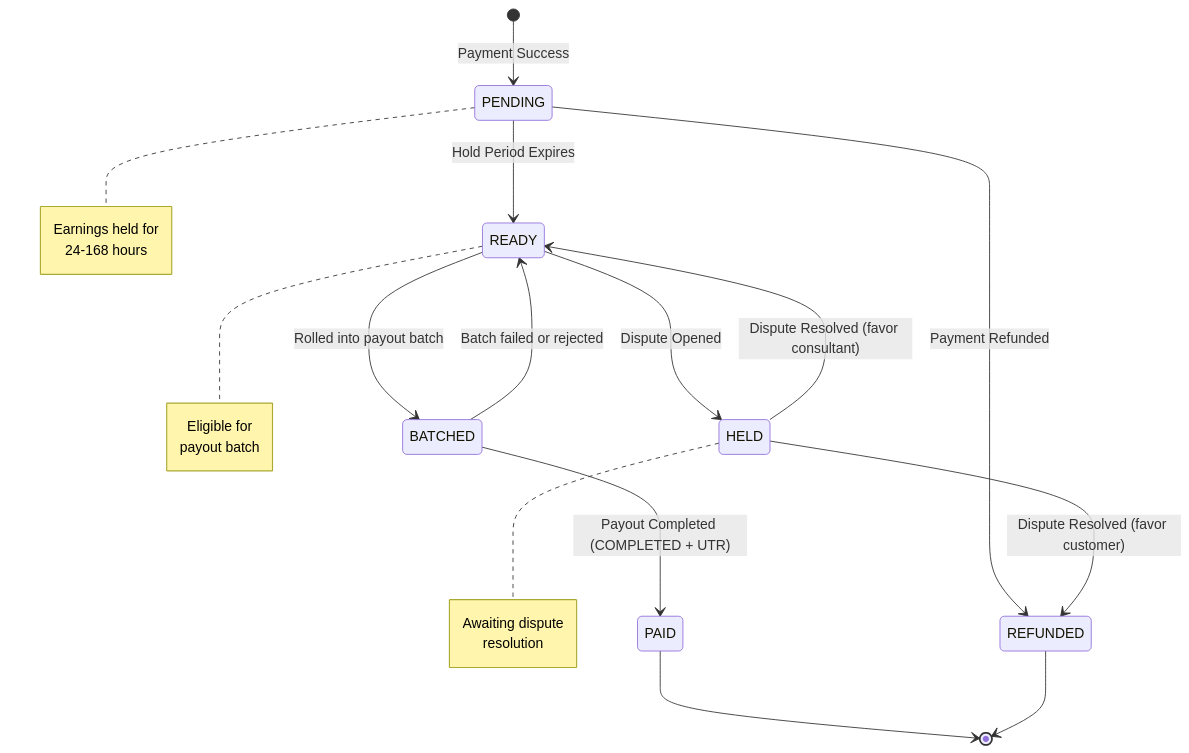
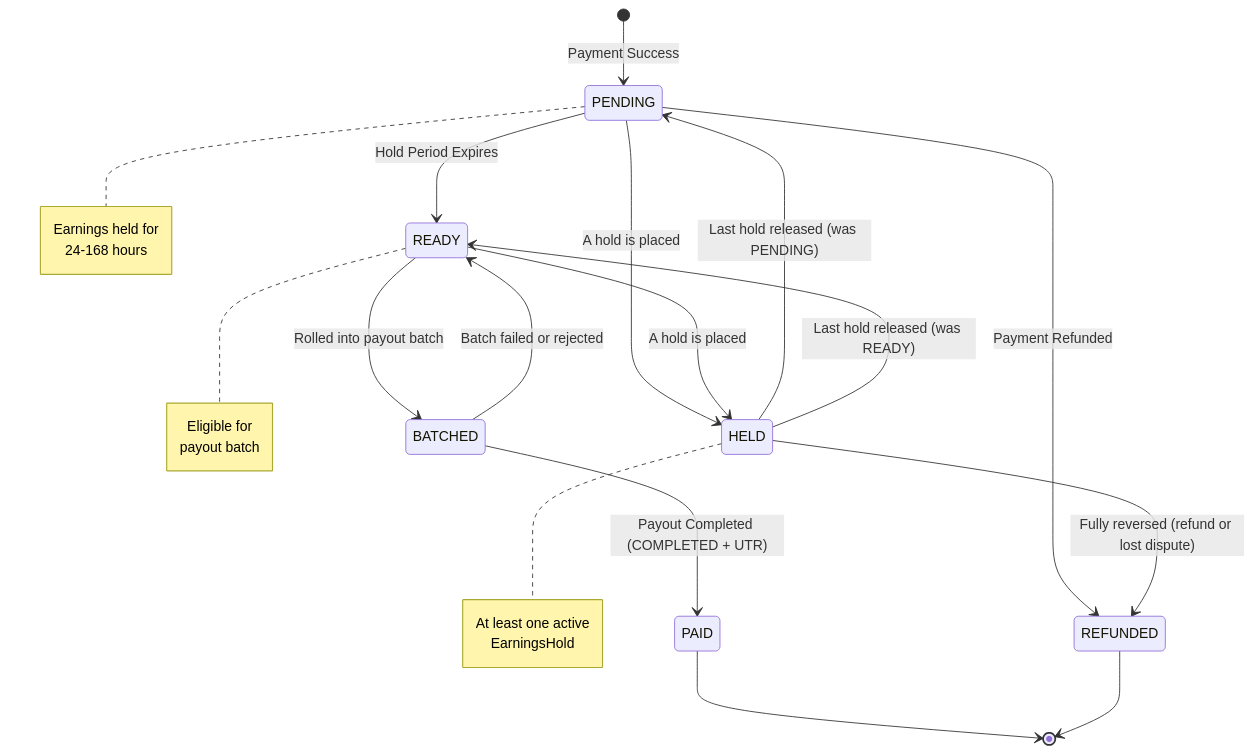
The first of 7 diagrams in docs/payments/payouts/02-earnings-lifecycle.md (Practitionist/familiarise_web), drawn with Mermaid before and after one commit. The commit also changed other lines of this file and 34 other files, not shown here.

````diff
--- a/docs/payments/payouts/02-earnings-lifecycle.md
+++ b/docs/payments/payouts/02-earnings-lifecycle.md
@@ -11,34 +11,36 @@
 ```mermaid
 stateDiagram-v2
     [*] --> PENDING: Payment Success
 
     PENDING --> READY: Hold Period Expires
     PENDING --> REFUNDED: Payment Refunded
 
-    READY --> HELD: Dispute Opened
+    PENDING --> HELD: A hold is placed
+    READY --> HELD: A hold is placed
     READY --> BATCHED: Rolled into payout batch
 
     BATCHED --> PAID: Payout Completed (COMPLETED + UTR)
     BATCHED --> READY: Batch failed or rejected
 
-    HELD --> READY: Dispute Resolved (favor consultant)
-    HELD --> REFUNDED: Dispute Resolved (favor customer)
+    HELD --> PENDING: Last hold released (was PENDING)
+    HELD --> READY: Last hold released (was READY)
+    HELD --> REFUNDED: Fully reversed (refund or lost dispute)
 
     PAID --> [*]
     REFUNDED --> [*]
 
     note right of PENDING
         Earnings held for
         24-168 hours
     end note
 
     note right of READY
         Eligible for
         payout batch
     end note
 
     note right of HELD
-        Awaiting dispute
-        resolution
+        At least one active
+        EarningsHold
     end note
 ```
````
